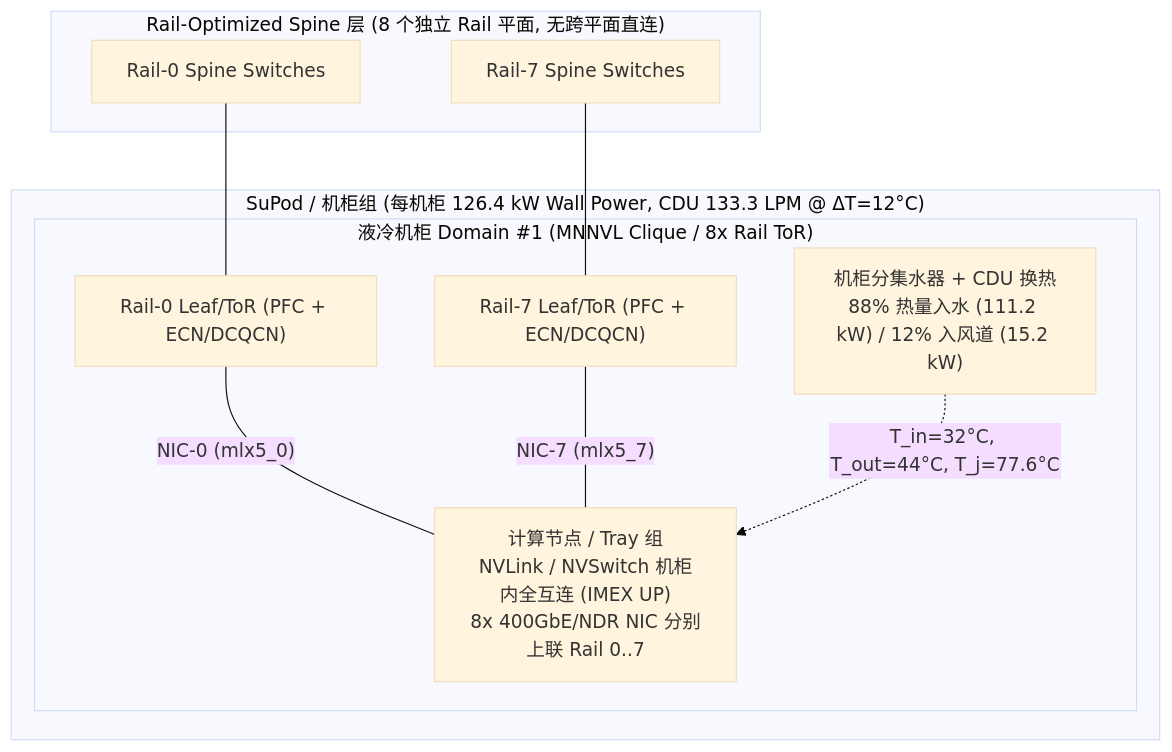
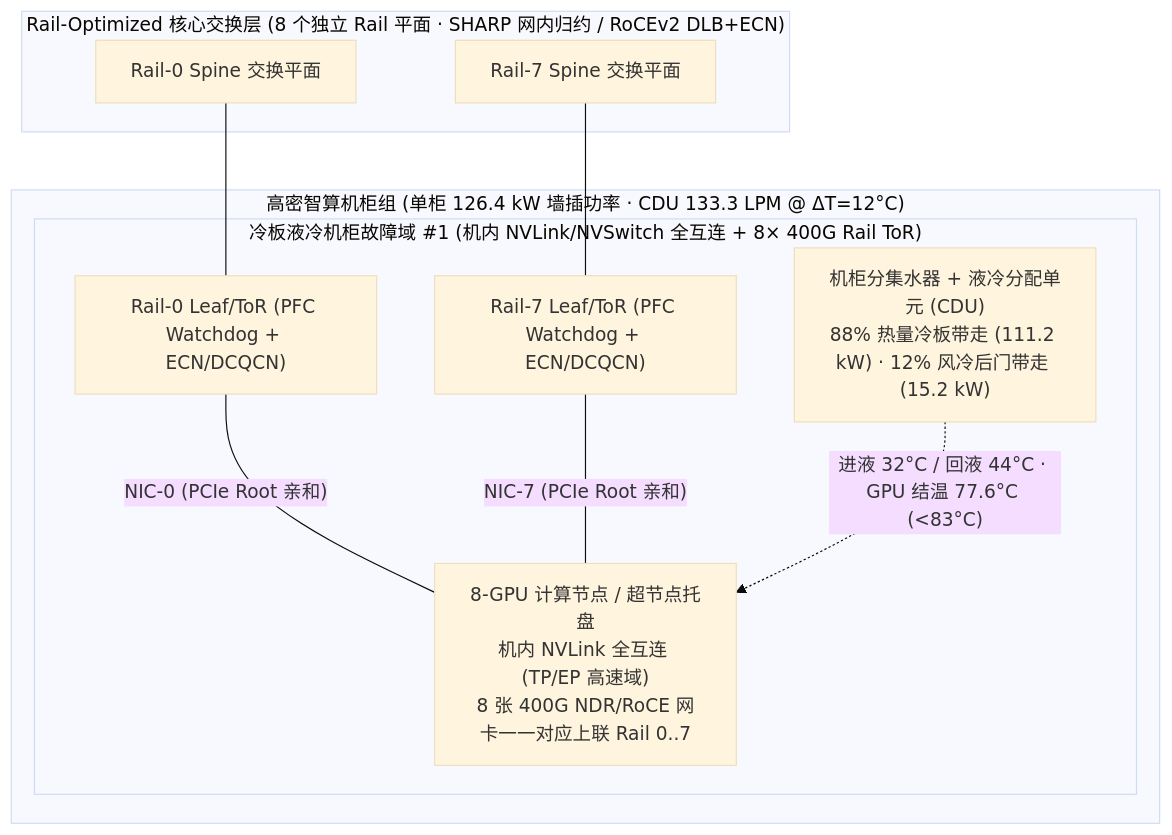
The second of 3 diagrams in docs/architectures/end-to-end-ai-infra-case.md (turbo998/ai-infra-research), drawn with Mermaid (base theme) before and after one commit. The commit also changed other lines of this file and 6333 other files, not shown here.

````diff
--- a/docs/architectures/end-to-end-ai-infra-case.md
+++ b/docs/architectures/end-to-end-ai-infra-case.md
@@ -46,22 +43,22 @@
 ```mermaid
 flowchart TB
-    subgraph Spine["Rail-Optimized Spine 层 (8 个独立 Rail 平面, 无跨平面直连)"]
-        S0["Rail-0 Spine Switches"]
-        S7["Rail-7 Spine Switches"]
+    subgraph Spine["Rail-Optimized 核心交换层 (8 个独立 Rail 平面 · SHARP 网内归约 / RoCEv2 DLB+ECN)"]
+        S0["Rail-0 Spine 交换平面"]
+        S7["Rail-7 Spine 交换平面"]
     end
 
-    subgraph Pod["SuPod / 机柜组 (每机柜 126.4 kW Wall Power, CDU 133.3 LPM @ ΔT=12°C)"]
-        subgraph Rack1["液冷机柜 Domain #1 (MNNVL Clique / 8x Rail ToR)"]
-            ToR0["Rail-0 Leaf/ToR (PFC + ECN/DCQCN)"]
-            ToR7["Rail-7 Leaf/ToR (PFC + ECN/DCQCN)"]
-            Node1["计算节点 / Tray 组<br/>NVLink / NVSwitch 机柜内全互连 (IMEX UP)<br/>8x 400GbE/NDR NIC 分别上联 Rail 0..7"]
-            CDU1["机柜分集水器 + CDU 换热<br/>88% 热量入水 (111.2 kW) / 12% 入风道 (15.2 kW)"]
+    subgraph Pod["高密智算机柜组 (单柜 126.4 kW 墙插功率 · CDU 133.3 LPM @ ΔT=12°C)"]
+        subgraph Rack1["冷板液冷机柜故障域 #1 (机内 NVLink/NVSwitch 全互连 + 8× 400G Rail ToR)"]
+            ToR0["Rail-0 Leaf/ToR (PFC Watchdog + ECN/DCQCN)"]
+            ToR7["Rail-7 Leaf/ToR (PFC Watchdog + ECN/DCQCN)"]
+            Node1["8-GPU 计算节点 / 超节点托盘<br/>机内 NVLink 全互连 (TP/EP 高速域)<br/>8 张 400G NDR/RoCE 网卡一一对应上联 Rail 0..7"]
+            CDU1["机柜分集水器 + 液冷分配单元 (CDU)<br/>88% 热量冷板带走 (111.2 kW) · 12% 风冷后门带走 (15.2 kW)"]
         end
     end
 
     S0 --- ToR0
     S7 --- ToR7
-    ToR0 ---|"NIC-0 (mlx5_0)"| Node1
-    ToR7 ---|"NIC-7 (mlx5_7)"| Node1
-    CDU1 -.->|"T_in=32°C, T_out=44°C, T_j=77.6°C"| Node1
+    ToR0 ---|"NIC-0 (PCIe Root 亲和)"| Node1
+    ToR7 ---|"NIC-7 (PCIe Root 亲和)"| Node1
+    CDU1 -.->|"进液 32°C / 回液 44°C · GPU 结温 77.6°C (<83°C)"| Node1
 ```
````
